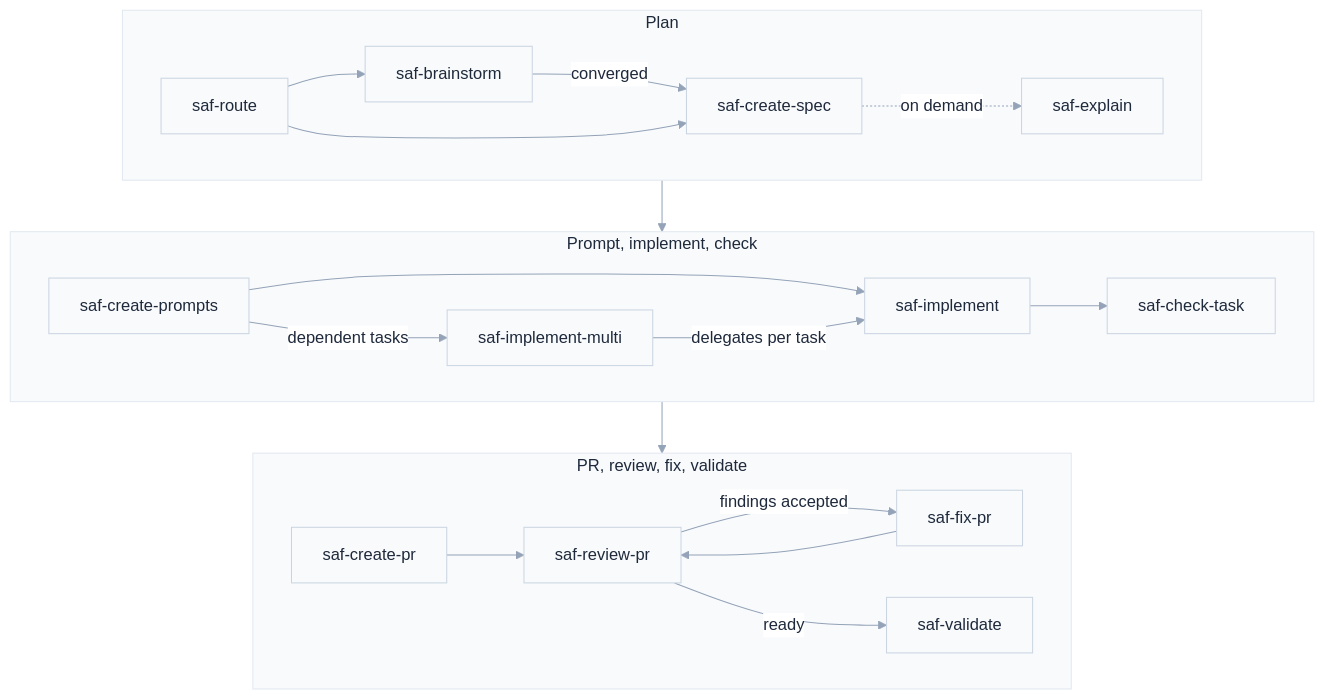
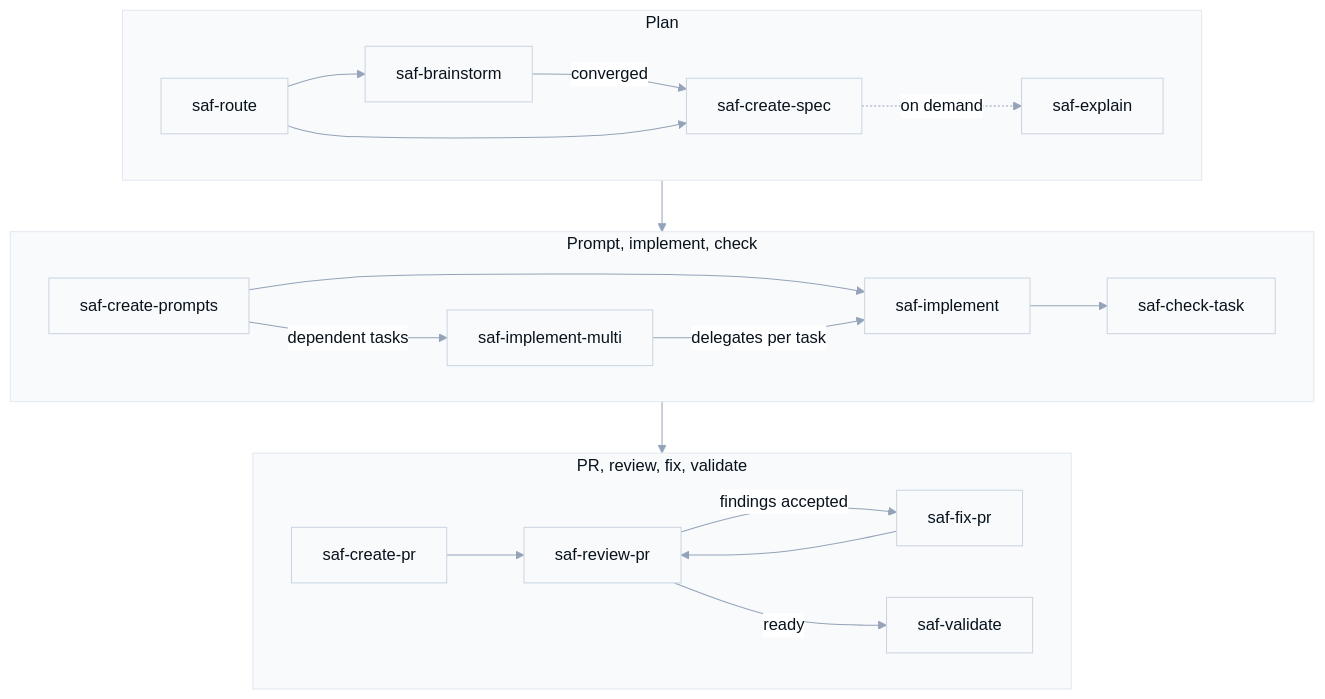
Before and after one commit to gmartins-dev/portfolio-v4: the diagram in scripts/diagrams/sdd-agentic-flow.mmd, drawn with Mermaid. The commit also changed 27 other files, not shown here.

```diff
--- a/scripts/diagrams/sdd-agentic-flow.mmd
+++ b/scripts/diagrams/sdd-agentic-flow.mmd
@@ -1,40 +1,40 @@
 %%{init: {'theme': 'base', 'themeVariables': {
-  'primaryColor': '#fdf1e9', 'primaryTextColor': '#1e293b',
-  'primaryBorderColor': '#c2541f', 'lineColor': '#94a3b8',
+  'primaryColor': '#e8f5fa', 'primaryTextColor': '#08121c',
+  'primaryBorderColor': '#0b6e8f', 'lineColor': '#94a3b8',
   'secondaryColor': '#ecfdf5', 'tertiaryColor': '#f1f5f9',
   'background': '#ffffff', 'mainBkg': '#f8fafc',
   'nodeBorder': '#cbd5e1', 'clusterBkg': '#f8fafc',
-  'clusterBorder': '#e2e8f0', 'titleColor': '#1e293b',
-  'edgeLabelBackground': '#ffffff', 'textColor': '#334155'
+  'clusterBorder': '#e2e8f0', 'titleColor': '#08121c',
+  'edgeLabelBackground': '#ffffff', 'textColor': '#3f566b'
 }}}%%
 %% The "How it works" flowchart from the sdd-agentic-flow README
 %% (github.com/gmartins-dev/sdd-agentic-flow): same skills and edges, wrapped
 %% into rows named after the README's canonical path (Plan, Prompt,
 %% Implement, Check, PR, Review, Fix, Validate) so it fits a 16:10 frame.
 flowchart TB
   subgraph plan [Plan]
     direction LR
     route[saf-route] --> brainstorm[saf-brainstorm]
     brainstorm -->|converged| specs[saf-create-spec]
     route --> specs
     specs -.->|on demand| explain[saf-explain]
   end
   subgraph build [Prompt, implement, check]
     direction LR
     prompts[saf-create-prompts] --> implement[saf-implement]
     prompts -->|dependent tasks| implementmulti[saf-implement-multi]
     implementmulti -->|delegates per task| implement
     implement --> check[saf-check-task]
   end
   subgraph ship [PR, review, fix, validate]
     direction LR
     pr[saf-create-pr] --> review[saf-review-pr]
     review -->|findings accepted| fix[saf-fix-pr]
     fix --> review
     review -->|ready| validate[saf-validate]
   end
   %% Rows link to rows: Mermaid drops a subgraph's direction when its nodes
   %% link outside it. In the README, saf-create-spec leads to
   %% saf-create-prompts and saf-check-task to saf-create-pr.
   plan --> build
   build --> ship
```
